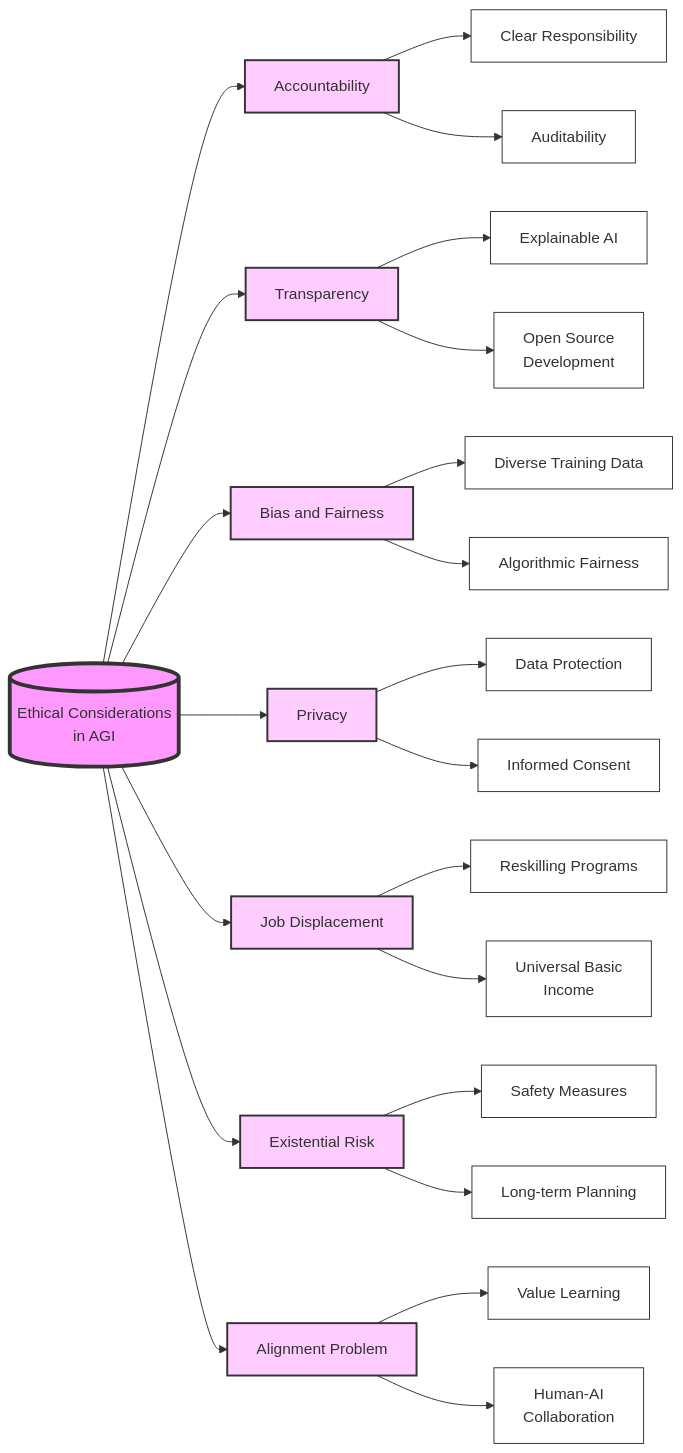
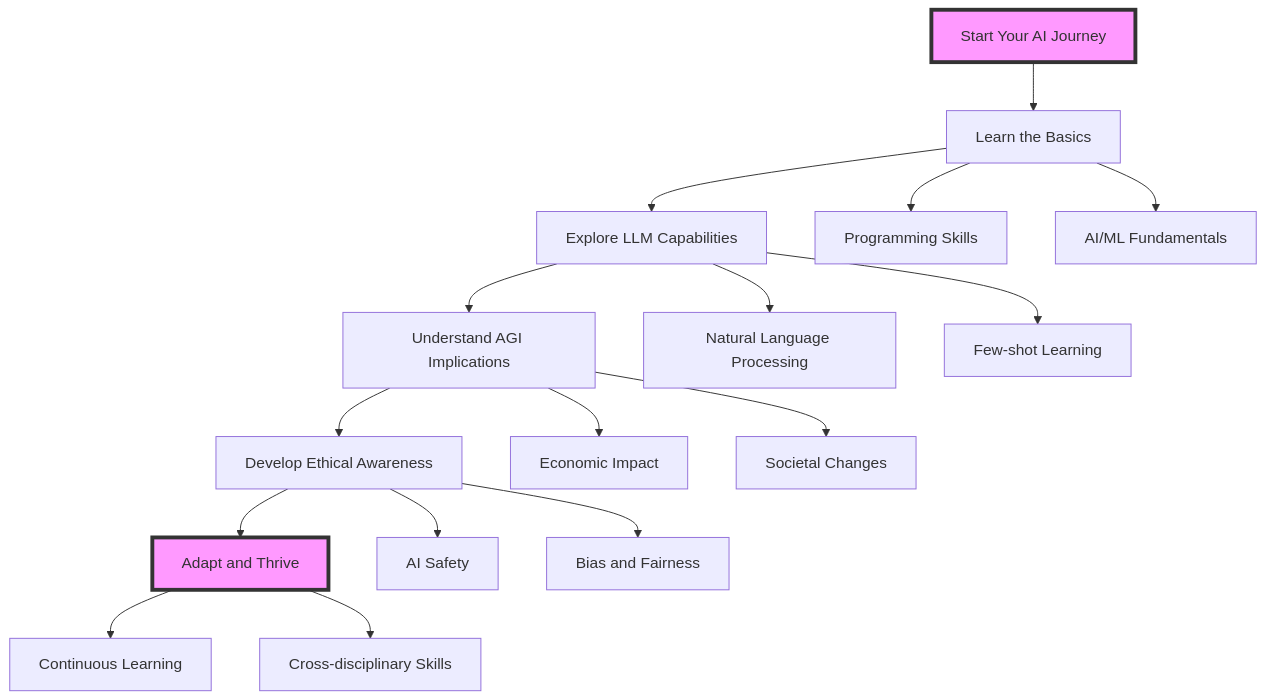
Before and after one commit to chenxingqiang/llm-course-chen: the fifth of 5 diagrams in notebooks/md/lesson_01_Course_Overview2.md, drawn with Mermaid. The commit also changed other lines of this file and 241 other files, not shown here.

````diff
--- a/notebooks/md/lesson_01_Course_Overview2.md
+++ b/notebooks/md/lesson_01_Course_Overview2.md
@@ -635,42 +757,26 @@
 ```mermaid
-graph LR
-    A[("Ethical Considerations<br/>in AGI")]
-    B["Accountability"]
-    C["Transparency"]
-    D["Bias and Fairness"]
-    E["Privacy"]
-    F["Job Displacement"]
-    G["Existential Risk"]
-    H["Alignment Problem"]
-    
-    A --> B & C & D & E & F & G & H
-    
-    B --> I["Clear Responsibility"]
-    B --> J["Auditability"]
-    
-    C --> K["Explainable AI"]
-    C --> L["Open Source<br/>Development"]
-    
-    D --> M["Diverse Training Data"]
-    D --> N["Algorithmic Fairness"]
-    
-    E --> O["Data Protection"]
-    E --> P["Informed Consent"]
-    
-    F --> Q["Reskilling Programs"]
-    F --> R["Universal Basic<br/>Income"]
-    
-    G --> S["Safety Measures"]
-    G --> T["Long-term Planning"]
-    
-    H --> U["Value Learning"]
-    H --> V["Human-AI<br/>Collaboration"]
+graph TD
+    A[Start Your AI Journey] --> B[Learn the Basics]
+    B --> C[Explore LLM Capabilities]
+    C --> D[Understand AGI Implications]
+    D --> E[Develop Ethical Awareness]
+    E --> F[Adapt and Thrive]
 
-    classDef mainTopic fill:#f9f,stroke:#333,stroke-width:4px;
-    classDef subTopic fill:#fcf,stroke:#333,stroke-width:2px;
-    classDef leafNode fill:#fff,stroke:#333,stroke-width:1px;
-    
-    class A mainTopic;
-    class B,C,D,E,F,G,H subTopic;
-    class I,J,K,L,M,N,O,P,Q,R,S,T,U,V leafNode;
+    B --> G[Programming Skills]
+    B --> H[AI/ML Fundamentals]
+
+    C --> I[Natural Language Processing]
+    C --> J[Few-shot Learning]
+
+    D --> K[Economic Impact]
+    D --> L[Societal Changes]
+
+    E --> M[AI Safety]
+    E --> N[Bias and Fairness]
+
+    F --> O[Continuous Learning]
+    F --> P[Cross-disciplinary Skills]
+
+    classDef highlight fill:#f9f,stroke:#333,stroke-width:4px;
+    class A,F highlight;
 ```
````
